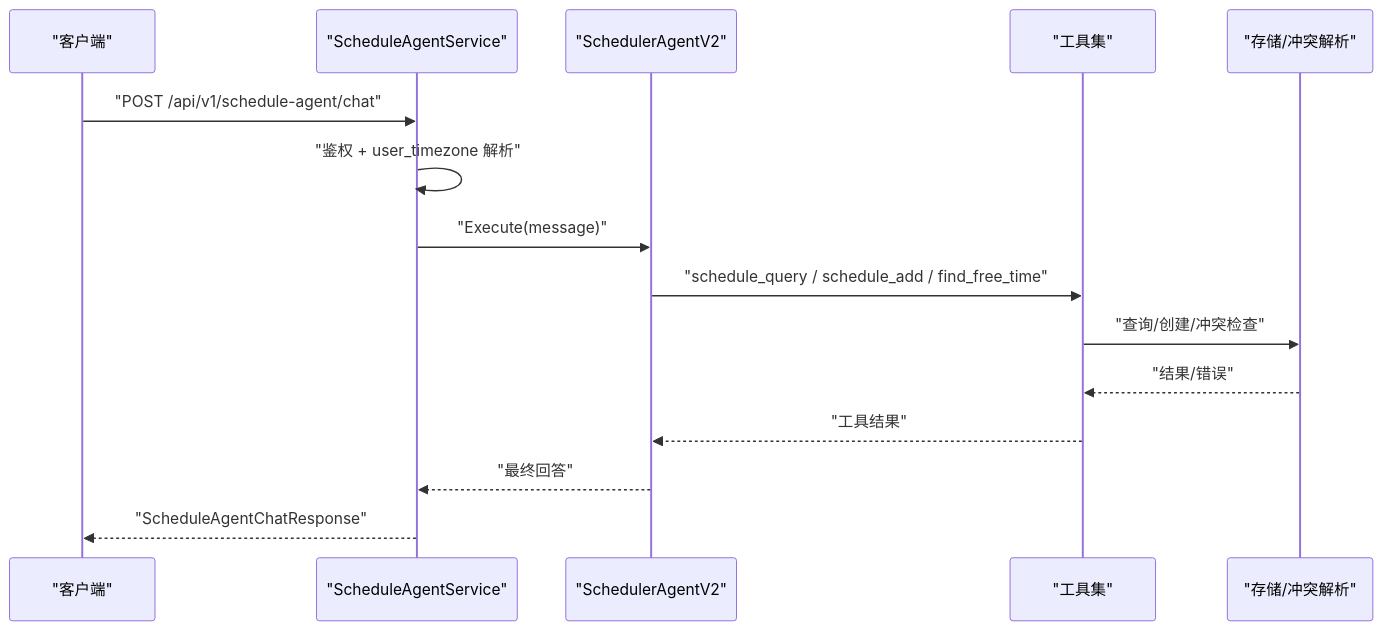
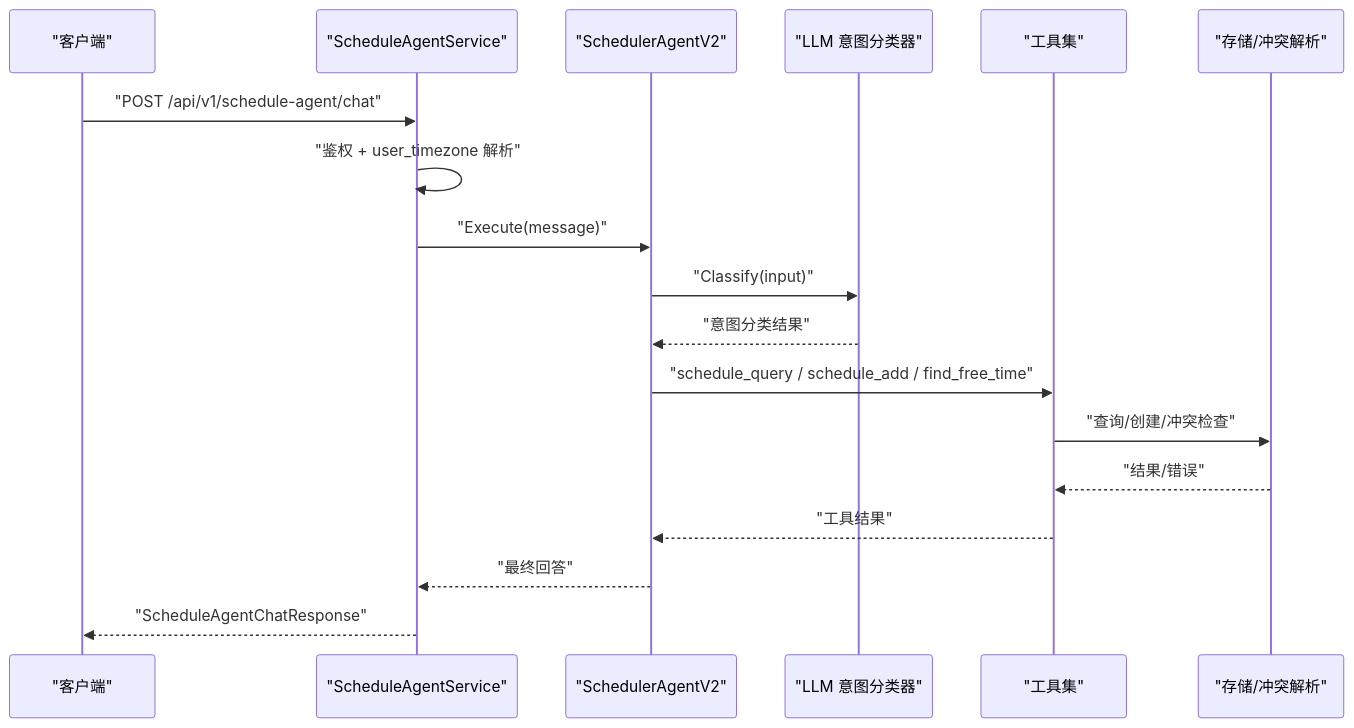
Before and after one commit to hrygo/memos: the second of 5 diagrams in .qoder/repowiki/zh/content/API 接口文档/服务接口规范/AI 服务 API/日程代理 API.md, drawn with Mermaid. The commit also changed other lines of this file and 29 other files, not shown here.

````diff
--- a/.qoder/repowiki/zh/content/API 接口文档/服务接口规范/AI 服务 API/日程代理 API.md
+++ b/.qoder/repowiki/zh/content/API 接口文档/服务接口规范/AI 服务 API/日程代理 API.md
@@ -105,17 +129,20 @@
 ```mermaid
 sequenceDiagram
 participant Client as "客户端"
 participant Service as "ScheduleAgentService"
 participant Agent as "SchedulerAgentV2"
+participant Intent as "LLM 意图分类器"
 participant Tools as "工具集"
 participant Store as "存储/冲突解析"
 Client->>Service : "POST /api/v1/schedule-agent/chat"
 Service->>Service : "鉴权 + user_timezone 解析"
 Service->>Agent : "Execute(message)"
+Agent->>Intent : "Classify(input)"
+Intent-->>Agent : "意图分类结果"
 Agent->>Tools : "schedule_query / schedule_add / find_free_time"
 Tools->>Store : "查询/创建/冲突检查"
 Store-->>Tools : "结果/错误"
 Tools-->>Agent : "工具结果"
 Agent-->>Service : "最终回答"
 Service-->>Client : "ScheduleAgentChatResponse"
 ```
````
